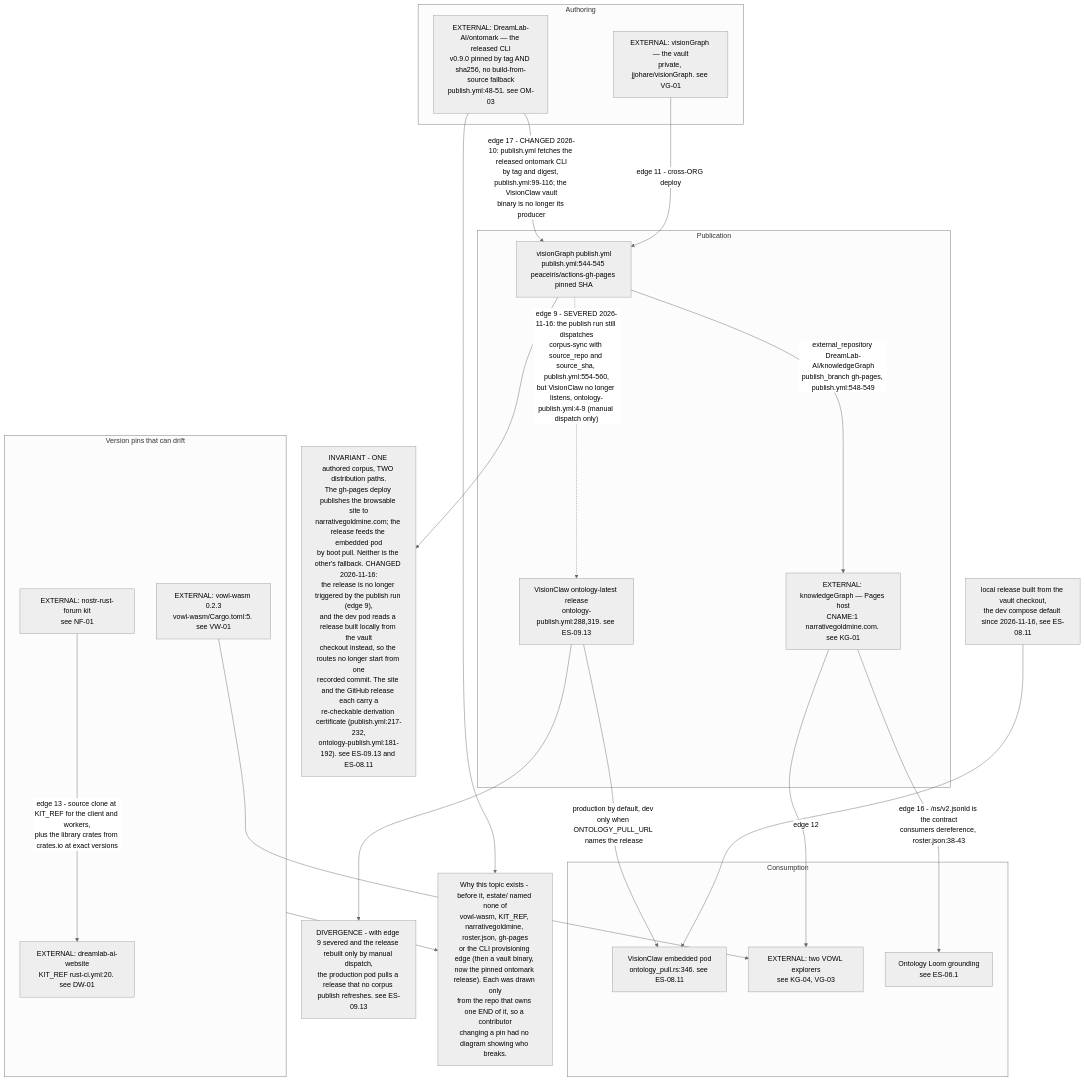
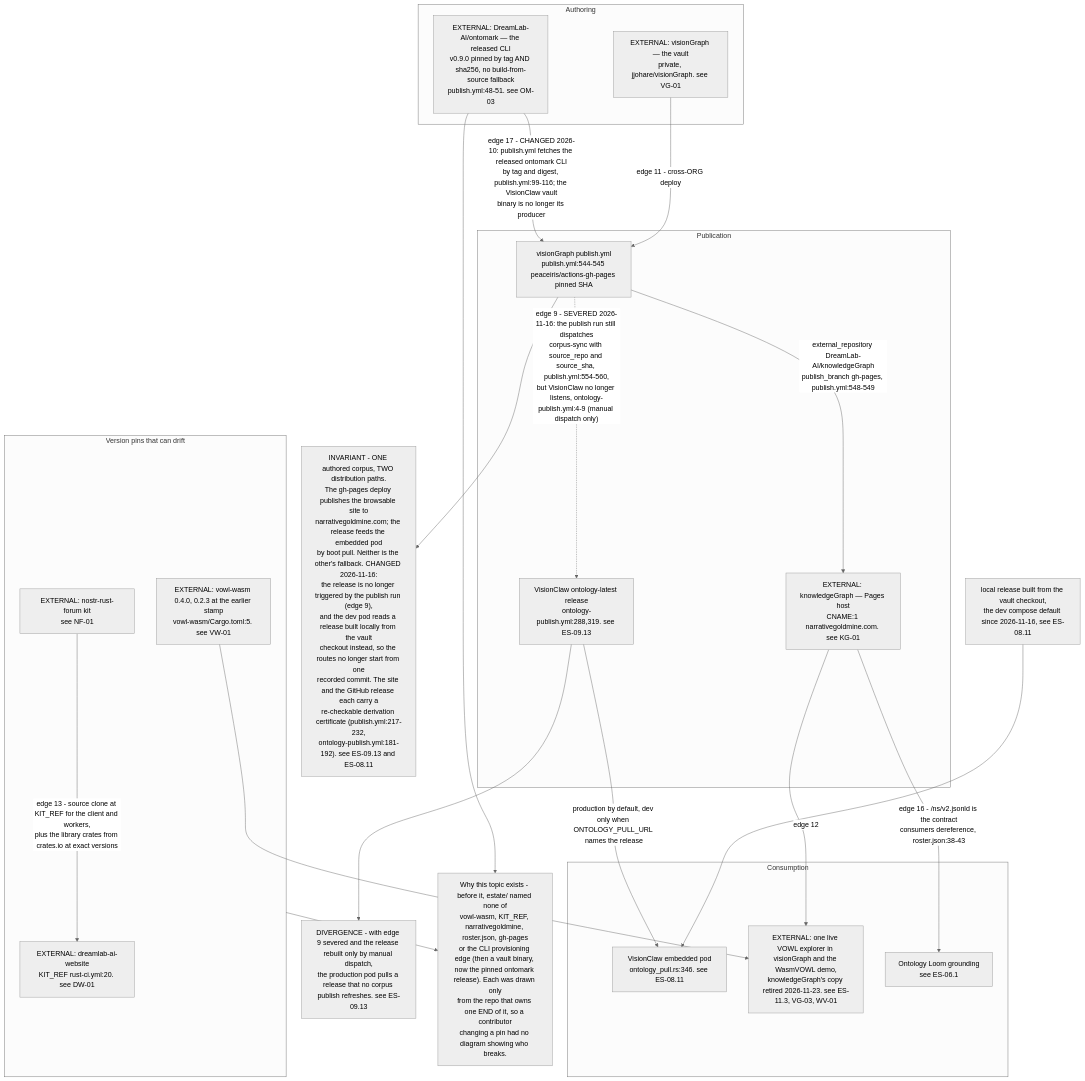
Before and after one commit to DreamLab-AI/VisionFlow: the first of 6 diagrams in docs/diagrams/estate/11-publishing-axis.md, drawn with Mermaid (neutral theme). The commit also changed other lines of this file and 1 other file, not shown here.

First line of the commit message:
docs(diagrams): estate pass B (vowl-wasm 0.4.0 convergence, WasmVOWL CI, dream-core 0.5.0)

````diff
--- a/docs/diagrams/estate/11-publishing-axis.md
+++ b/docs/diagrams/estate/11-publishing-axis.md
@@ -29,43 +34,43 @@
 ```mermaid
 flowchart TB
     subgraph AUTHOR["Authoring"]
         VG["EXTERNAL: visionGraph — the vault<br/>private, jjohare/visionGraph. see VG-01"]
         OM["EXTERNAL: DreamLab-AI/ontomark — the released CLI<br/>v0.9.0 pinned by tag AND sha256, no build-from-source fallback<br/>publish.yml:48-51. see OM-03"]
     end
     subgraph PUB["Publication"]
         PUBYML["visionGraph publish.yml<br/>publish.yml:544-545 peaceiris/actions-gh-pages pinned SHA"]
         KG["EXTERNAL: knowledgeGraph — Pages host<br/>CNAME:1 narrativegoldmine.com. see KG-01"]
         REL["VisionClaw ontology-latest release<br/>ontology-publish.yml:288,319. see ES-09.13"]
     end
     subgraph CONSUME["Consumption"]
         POD["VisionClaw embedded pod<br/>ontology_pull.rs:346. see ES-08.11"]
-        EXPL["EXTERNAL: two VOWL explorers<br/>see KG-04, VG-03"]
+        EXPL["EXTERNAL: one live VOWL explorer in visionGraph and the WasmVOWL demo,<br/>knowledgeGraph's copy retired 2026-11-23. see ES-11.3, VG-03, WV-01"]
         LOOM["Ontology Loom grounding<br/>see ES-06.1"]
     end
     subgraph PINS["Version pins that can drift"]
-        VW["EXTERNAL: vowl-wasm 0.2.3<br/>vowl-wasm/Cargo.toml:5. see VW-01"]
+        VW["EXTERNAL: vowl-wasm 0.4.0, 0.2.3 at the earlier stamp<br/>vowl-wasm/Cargo.toml:5. see VW-01"]
         NF["EXTERNAL: nostr-rust-forum kit<br/>see NF-01"]
         DW["EXTERNAL: dreamlab-ai-website<br/>KIT_REF rust-ci.yml:20. see DW-01"]
     end
 
     OM -->|"edge 17 - CHANGED 2026-10: publish.yml fetches the released ontomark CLI<br/>by tag and digest, publish.yml:99-116; the VisionClaw vault<br/>binary is no longer its producer"| PUBYML
     VG -->|"edge 11 - cross-ORG deploy"| PUBYML
     PUBYML -->|"external_repository DreamLab-AI/knowledgeGraph<br/>publish_branch gh-pages, publish.yml:548-549"| KG
     PUBYML -.->|"edge 9 - SEVERED 2026-11-16: the publish run still dispatches<br/>corpus-sync with source_repo and source_sha, publish.yml:554-560,<br/>but VisionClaw no longer listens, ontology-publish.yml:4-9 (manual dispatch only)"| REL
     REL -->|"production by default, dev only when ONTOLOGY_PULL_URL names the release"| POD
     LOCAL["local release built from the vault checkout,<br/>the dev compose default since 2026-11-16, see ES-08.11"]
     STALE["DIVERGENCE - with edge 9 severed and the release rebuilt only by manual dispatch,<br/>the production pod pulls a release that no corpus publish refreshes. see ES-09.13"]
     REL --> STALE
     LOCAL --> POD
     KG -->|"edge 16 - /ns/v2.jsonld is the contract<br/>consumers dereference, roster.json:38-43"| LOOM
     KG -->|"edge 12"| EXPL
     VW --> EXPL
     NF -->|"edge 13 - source clone at KIT_REF for the client and workers,<br/>plus the library crates from crates.io at exact versions"| DW
 
     INV["INVARIANT - ONE authored corpus, TWO distribution paths.<br/>The gh-pages deploy publishes the browsable site to<br/>narrativegoldmine.com; the release feeds the embedded pod<br/>by boot pull. Neither is the other's fallback. CHANGED 2026-11-16:<br/>the release is no longer triggered by the publish run (edge 9),<br/>and the dev pod reads a release built locally from the vault<br/>checkout instead, so the routes no longer start from one<br/>recorded commit. The site and the GitHub release each carry a<br/>re-checkable derivation certificate (publish.yml:217-232,<br/>ontology-publish.yml:181-192). see ES-09.13 and ES-08.11"]
     GAP["Why this topic exists - before it, estate/ named none of<br/>vowl-wasm, KIT_REF, narrativegoldmine, roster.json, gh-pages<br/>or the CLI provisioning edge (then a vault binary, now the pinned ontomark release). Each was drawn only<br/>from the repo that owns one END of it, so a contributor<br/>changing a pin had no diagram showing who breaks."]
 
     PUBYML --> INV
     PINS --> GAP
     OM --> GAP
 ```
````
